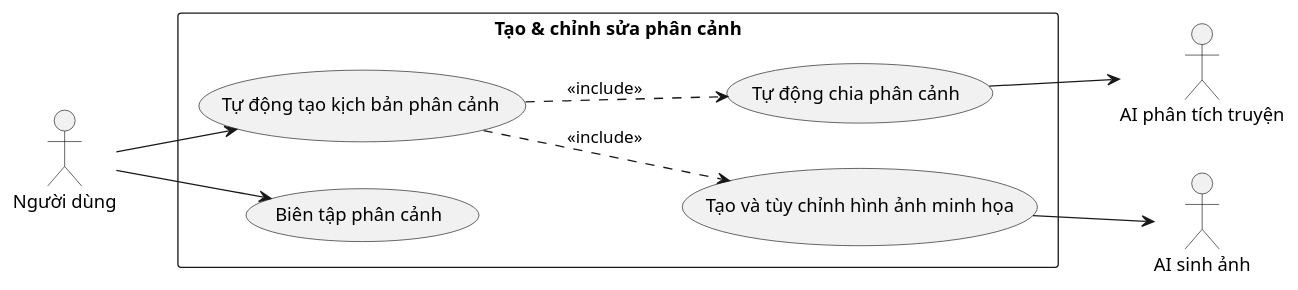
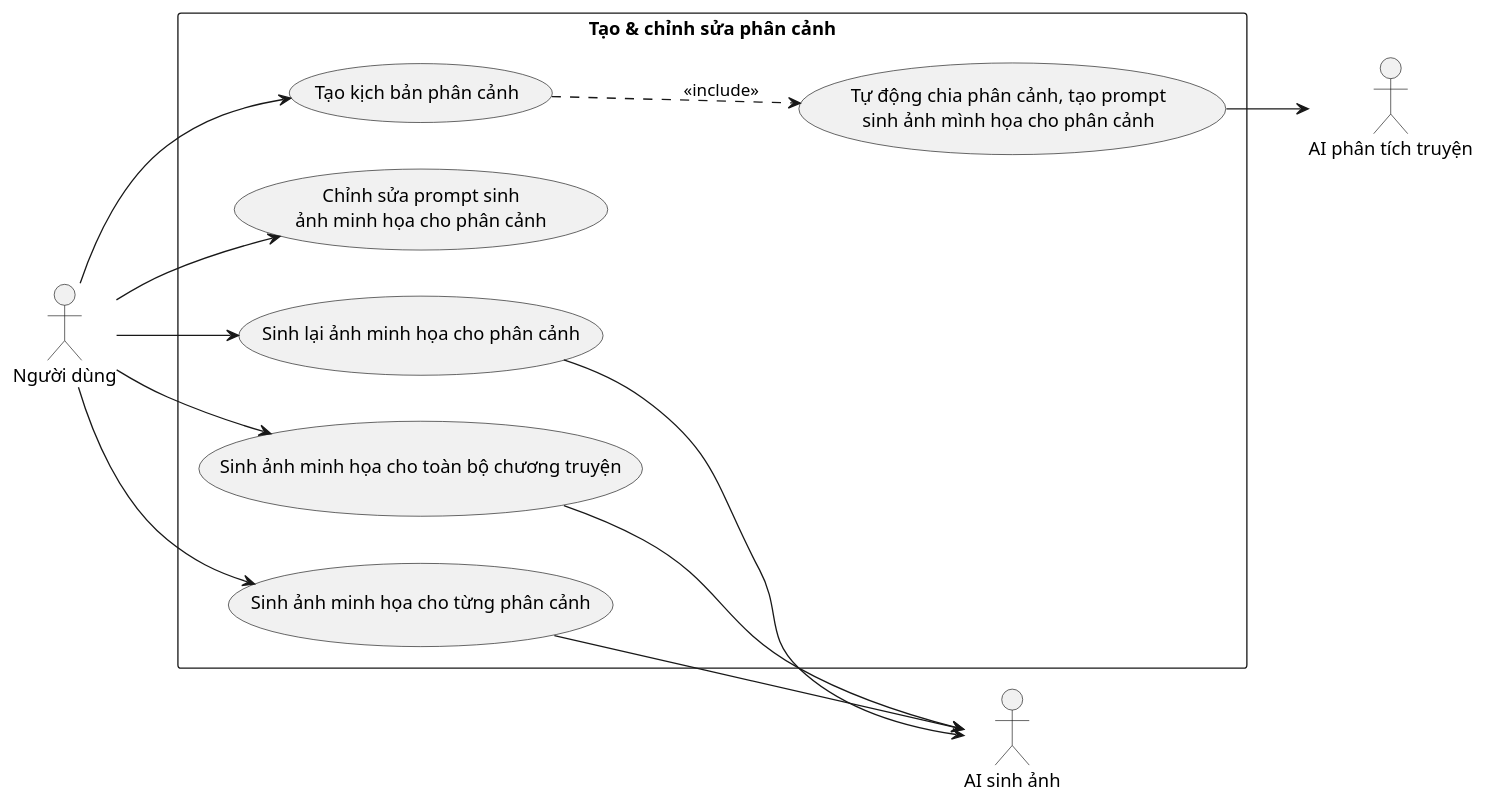
The diagram in docs/bieu-do-uc/bieu-do-uc-chi-tiet/make/tao-va-chinh-sua-phan-canh.puml (202416852-anhpv/story2video-docs), drawn with PlantUML before and after one commit.

```diff
--- a/docs/bieu-do-uc/bieu-do-uc-chi-tiet/make/tao-va-chinh-sua-phan-canh.puml
+++ b/docs/bieu-do-uc/bieu-do-uc-chi-tiet/make/tao-va-chinh-sua-phan-canh.puml
@@ -1,24 +1,30 @@
 @startuml tao-va-chinh-sua-phan-canh
 left to right direction
 
 actor "Người dùng" as User
 actor "AI phân tích truyện" as AI_LLM
 actor "AI sinh ảnh" as AI_IMG
 
 rectangle "Tạo & chỉnh sửa phân cảnh" {
-    usecase "Tự động tạo kịch bản phân cảnh" as UC_04
-    usecase "Tự động chia phân cảnh" as UC_01
-    usecase "Biên tập phân cảnh" as UC_02
-    usecase "Tạo và tùy chỉnh hình ảnh minh họa" as UC_03
+    usecase "Tạo kịch bản phân cảnh" as UC_04
+    usecase "Tự động chia phân cảnh, tạo prompt\nsinh ảnh mình họa cho phân cảnh" as UC_01
+    usecase "Chỉnh sửa prompt sinh\nảnh minh họa cho phân cảnh" as UC_05
+    usecase "Sinh lại ảnh minh họa cho phân cảnh" as UC_06
+    usecase "Sinh ảnh minh họa cho toàn bộ chương truyện" as UC_03
+    usecase "Sinh ảnh minh họa cho từng phân cảnh" as UC_07
 }
 
 User --> UC_04
-User --> UC_02
+User --> UC_03
+User --> UC_07
+User --> UC_05
+User --> UC_06
 
 UC_04 ..> UC_01 : <<include>>
-UC_04 ..> UC_03 : <<include>>
 
 UC_01 --> AI_LLM
 UC_03 --> AI_IMG
+UC_07 --> AI_IMG
+UC_06 --> AI_IMG
 
 @enduml
```
